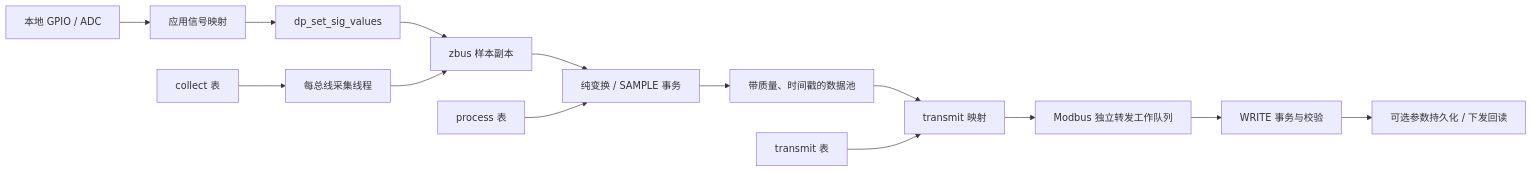
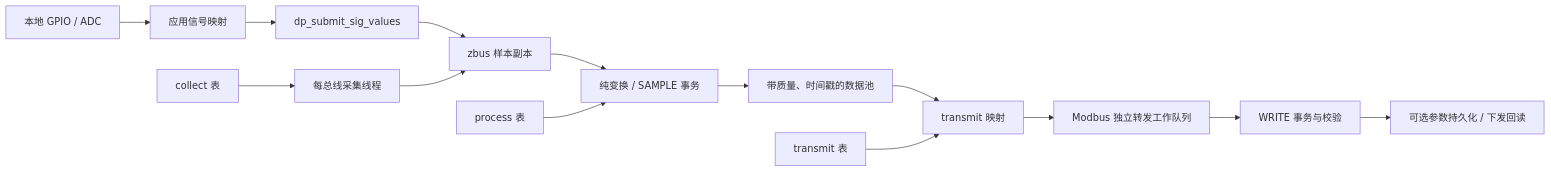
One commit to ryaaaaaan96/IDU-pre changed the diagram in docs/collect-process-transmit.md. Above: the diagram before and after it, drawn with Mermaid. The commit also changed other lines of this file and 50 other files, not shown here.

````diff
--- a/docs/collect-process-transmit.md
+++ b/docs/collect-process-transmit.md
@@ -101,16 +101,16 @@
 ```mermaid
 flowchart LR
     HW[本地 GPIO / ADC] --> MAP[应用信号映射]
-    MAP --> SET[dp_set_sig_values]
+    MAP --> SET[dp_submit_sig_values]
     SET --> PUB[zbus 样本副本]
     BUS[每总线采集线程] --> PUB
     CT[collect 表] --> BUS
     PUB --> P[纯变换 / SAMPLE 事务]
     PT[process 表] --> P
     P --> DM[带质量、时间戳的数据池]
     DM --> T[transmit 映射]
     TT[transmit 表] --> T
     T --> MB[Modbus 独立转发工作队列]
     MB --> W[WRITE 事务与校验]
     W --> NVS[可选参数持久化 / 下发回读]
 ```
````
